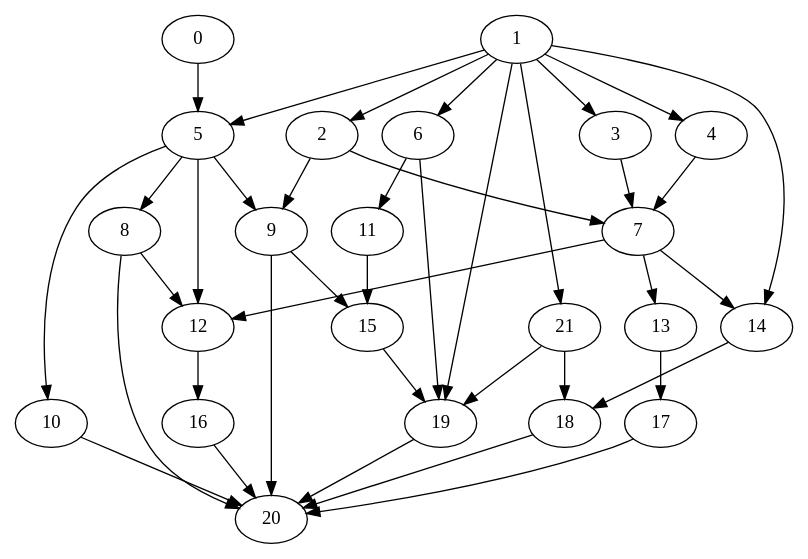
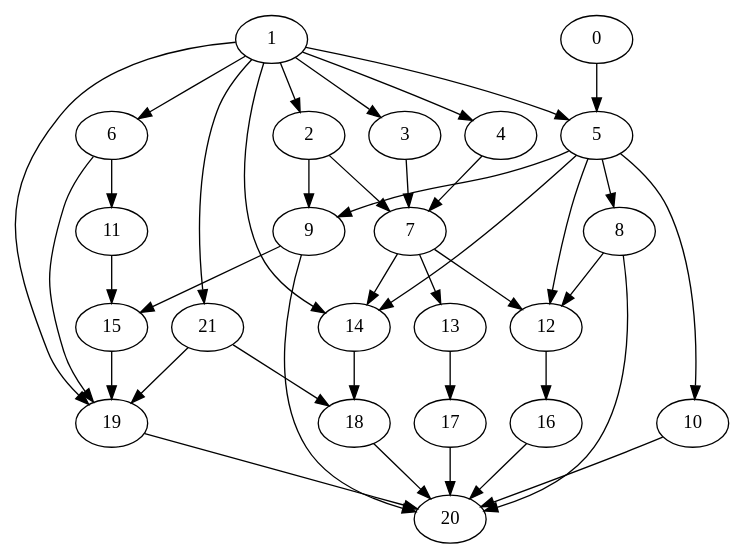
One commit to kmandelbaum/yagvis changed the diagram in data/1.dot. Above: the diagram before and after it, drawn with Graphviz. The commit also changed 5 other files, not shown here.

```diff
--- a/data/1.dot
+++ b/data/1.dot
@@ -1,40 +1,41 @@
 digraph graph2 {
     5 -> 12
     21 -> 19
     6 -> 19
     8 -> 12
     1 -> 21
     1 -> 2
     1 -> 3
     1 -> 4
     1 -> 5
     1 -> 6
     1 -> 19
     2 -> 7
     3 -> 7
     4 -> 7
     7 -> 12
     7 -> 13
     7 -> 14
     12 -> 16
     13 -> 17
     14 -> 18
     16 -> 20
     17 -> 20
     18 -> 20
     5 -> 9
     5 -> 10 
     5 -> 8
     8 -> 20
     9 -> 20
     10 -> 20
     6 -> 11
     11 -> 15
     15 -> 19
     19 -> 20
     1 -> 14
     9 -> 15
     21 -> 18
     2 -> 9
     0 -> 5
+    5 -> 14
 }
```
